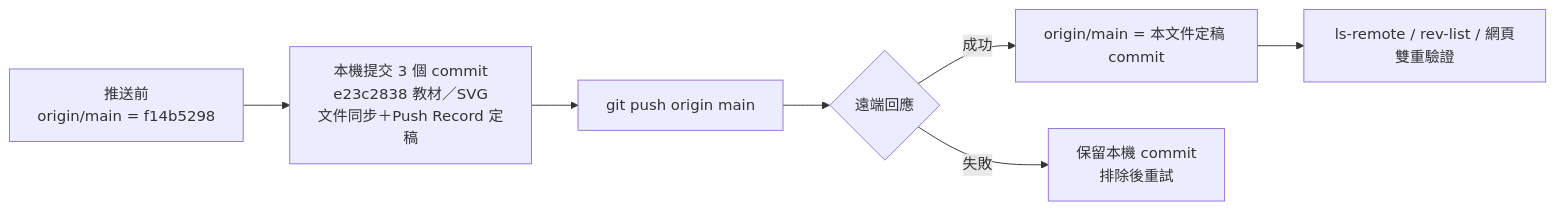
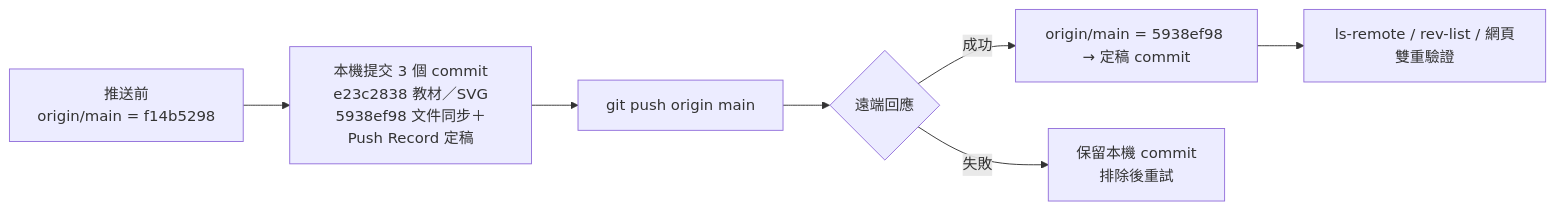
The first of 6 diagrams in docs/PUSH-RECORD.md (yd7148/INDUSTRY-4.0), drawn with Mermaid before and after one commit. The commit also changed other lines of this file, not shown here.

Commit message:
Finalize push record for Class-26 push

````diff
--- a/docs/PUSH-RECORD.md
+++ b/docs/PUSH-RECORD.md
@@ -29,9 +29,9 @@
 ```mermaid
 flowchart LR
-    A["推送前<br/>origin/main = f14b5298"] --> B["本機提交 3 個 commit<br/>e23c2838 教材／SVG<br/>文件同步＋Push Record 定稿"]
+    A["推送前<br/>origin/main = f14b5298"] --> B["本機提交 3 個 commit<br/>e23c2838 教材／SVG<br/>5938ef98 文件同步＋Push Record 定稿"]
     B --> C["git push origin main"]
     C --> D{"遠端回應"}
-    D -->|成功| E["origin/main = 本文件定稿 commit"]
+    D -->|成功| E["origin/main = 5938ef98 → 定稿 commit"]
     D -->|失敗| F["保留本機 commit<br/>排除後重試"]
     E --> G["ls-remote / rev-list / 網頁雙重驗證"]
 ```
````
